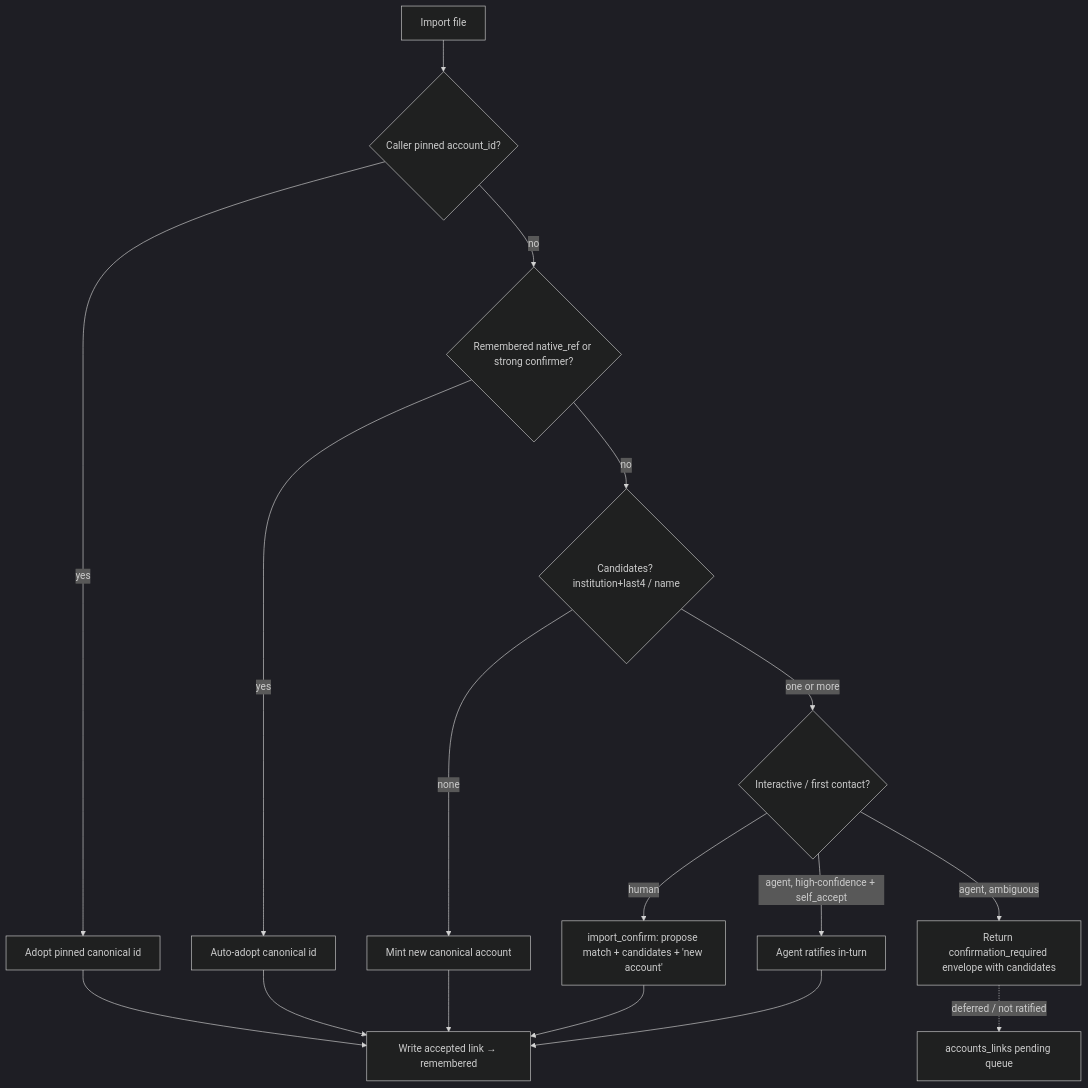
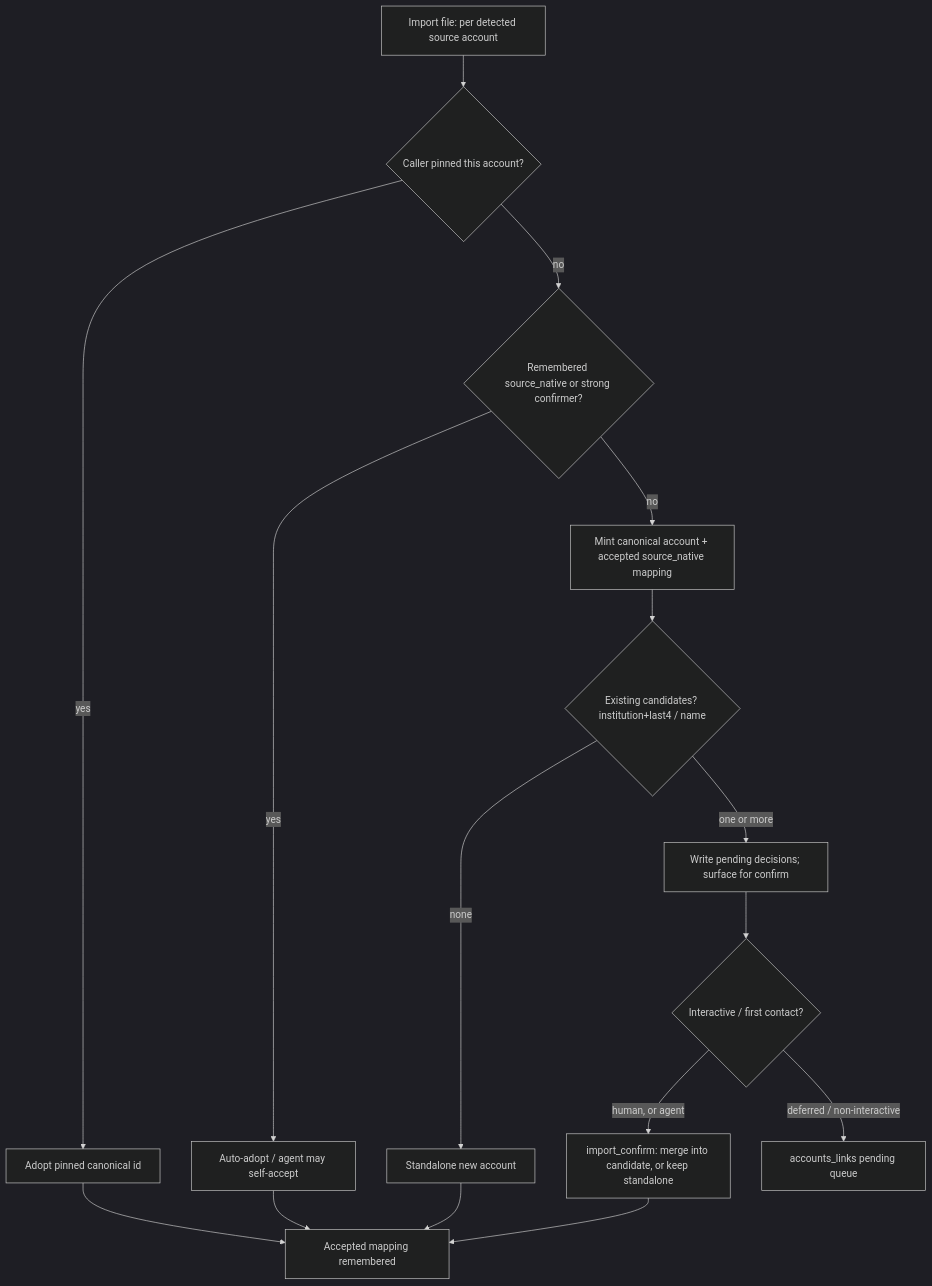
The diagram in docs/specs/account-identity-resolution.md (bsaffel/moneybin), drawn with Mermaid (dark theme) before and after one commit. The commit also changed other lines of this file and 2 other files, not shown here.

First line of the commit message:
Rework account-identity spec: two-table model + ADR-015

````diff
--- a/docs/specs/account-identity-resolution.md
+++ b/docs/specs/account-identity-resolution.md
@@ -506,19 +515,18 @@
 ```mermaid
 flowchart TD
-    A[Import file] --> B{Caller pinned account_id?}
+    A[Import file: per detected source account] --> B{Caller pinned this account?}
     B -->|yes| ADOPT[Adopt pinned canonical id]
-    B -->|no| C{Remembered native_ref or strong confirmer?}
-    C -->|yes| AUTO[Auto-adopt canonical id]
-    C -->|no| D{Candidates? institution+last4 / name}
-    D -->|none| MINT[Mint new canonical account]
-    D -->|one or more| E{Interactive / first contact?}
-    E -->|"human"| CONFIRM[import_confirm: propose match + candidates + 'new account']
-    E -->|"agent, high-confidence + self_accept"| AGENTACCEPT[Agent ratifies in-turn]
-    E -->|"agent, ambiguous"| ENVELOPE[Return confirmation_required envelope with candidates]
-    CONFIRM --> REMEMBER[Write accepted link → remembered]
-    AGENTACCEPT --> REMEMBER
-    ADOPT --> REMEMBER
+    B -->|no| C{Remembered source_native or strong confirmer?}
+    C -->|yes| AUTO[Auto-adopt / agent may self-accept]
+    C -->|no| MINT[Mint canonical account + accepted source_native mapping]
+    MINT --> D{Existing candidates? institution+last4 / name}
+    D -->|none| STANDALONE[Standalone new account]
+    D -->|one or more| PROPOSE[Write pending decisions; surface for confirm]
+    PROPOSE --> E{Interactive / first contact?}
+    E -->|human, or agent| CONFIRM[import_confirm: merge into candidate, or keep standalone]
+    E -->|deferred / non-interactive| QUEUE[accounts_links pending queue]
+    ADOPT --> REMEMBER[Accepted mapping remembered]
     AUTO --> REMEMBER
-    MINT --> REMEMBER
-    ENVELOPE -.->|"deferred / not ratified"| QUEUE[accounts_links pending queue]
+    STANDALONE --> REMEMBER
+    CONFIRM --> REMEMBER
 ```
````
